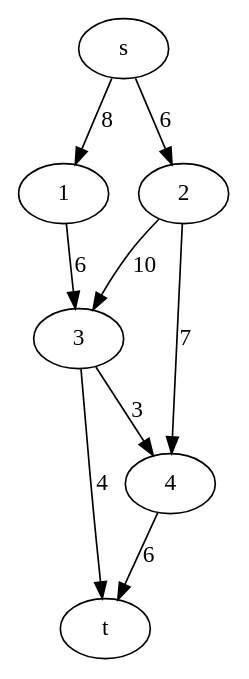
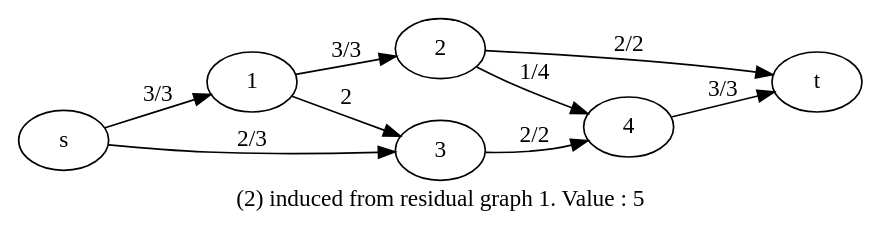
Before and after one commit to Milhka/MaximumFlow: the diagram in src/PW3/test.gv, drawn with Graphviz. The commit also changed 8 other files, not shown here.

```diff
--- a/src/PW3/test.gv
+++ b/src/PW3/test.gv
@@ -1,11 +1,12 @@
-digraph flowNetwork {
-    rankdir =" LR ";
-    s -> 1 [ label ="8" , len =8];
-    s -> 2 [ label ="6" , len =6];
-    1 -> 3 [ label ="6" , len =6];
-    2 -> 3 [ label ="10" , len =10];
-    2 -> 4 [ label ="7" , len =7];
-    3 -> 4 [ label ="3" , len =3];
-    3 -> t [ label ="4" , len =4];
-    4 -> t [ label ="6" , len =6];
+digraph flow2 {
+    rankdir="LR";
+    label="(2) induced from residual graph 1. Value : 5";
+    s -> 1 [label="3/3", len=3];
+    s -> 3 [label="2/3", len=3];
+    1 -> 2 [label="3/3", len=3];
+    1 -> 3 [label="2", len=2];
+    2 -> 4 [label="1/4", len=4];
+    2 -> t [label="2/2", len=2];
+    3 -> 4 [label="2/2", len=2];
+    4 -> t [label="3/3", len=3];
 }
```
